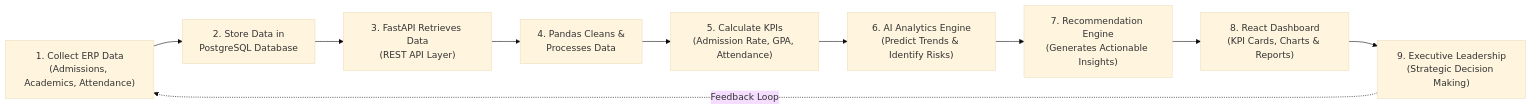
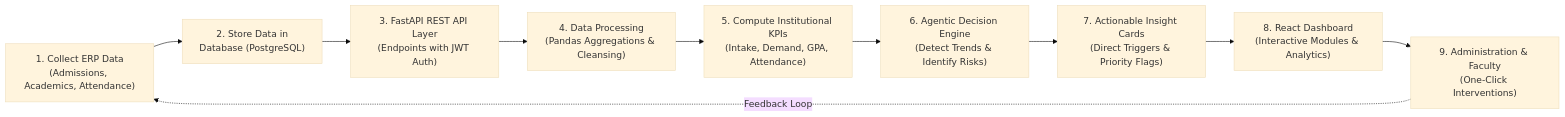
Before and after one commit to LayaShankari/agentic-ai-sp: the diagram in README.md, drawn with Mermaid (base theme). The commit also changed other lines of this file, not shown here.

````diff
--- a/README.md
+++ b/README.md
@@ -57,12 +55,12 @@
 ```mermaid
 flowchart LR
-    A["1. Collect ERP Data\n(Admissions, Academics, Attendance)"] --> B["2. Store Data in\nPostgreSQL Database"]
-    B --> C["3. FastAPI Retrieves Data\n(REST API Layer)"]
-    C --> D["4. Pandas Cleans &\nProcesses Data"]
-    D --> E["5. Calculate KPIs\n(Admission Rate, GPA, Attendance)"]
-    E --> F["6. AI Analytics Engine\n(Predict Trends & Identify Risks)"]
-    F --> G["7. Recommendation Engine\n(Generates Actionable Insights)"]
-    G --> H["8. React Dashboard\n(KPI Cards, Charts & Reports)"]
-    H --> I["9. Executive Leadership\n(Strategic Decision Making)"]
+    A["1. Collect ERP Data\n(Admissions, Academics, Attendance)"] --> B["2. Store Data in\nDatabase (PostgreSQL)"]
+    B --> C["3. FastAPI REST API Layer\n(Endpoints with JWT Auth)"]
+    C --> D["4. Data Processing\n(Pandas Aggregations & Cleansing)"]
+    D --> E["5. Compute Institutional KPIs\n(Intake, Demand, GPA, Attendance)"]
+    E --> F["6. Agentic Decision Engine\n(Detect Trends & Identify Risks)"]
+    F --> G["7. Actionable Insight Cards\n(Direct Triggers & Priority Flags)"]
+    G --> H["8. React Dashboard\n(Interactive Modules & Analytics)"]
+    H --> I["9. Administration & Faculty\n(One-Click Interventions)"]
     I -. Feedback Loop .-> A
 ```
````
